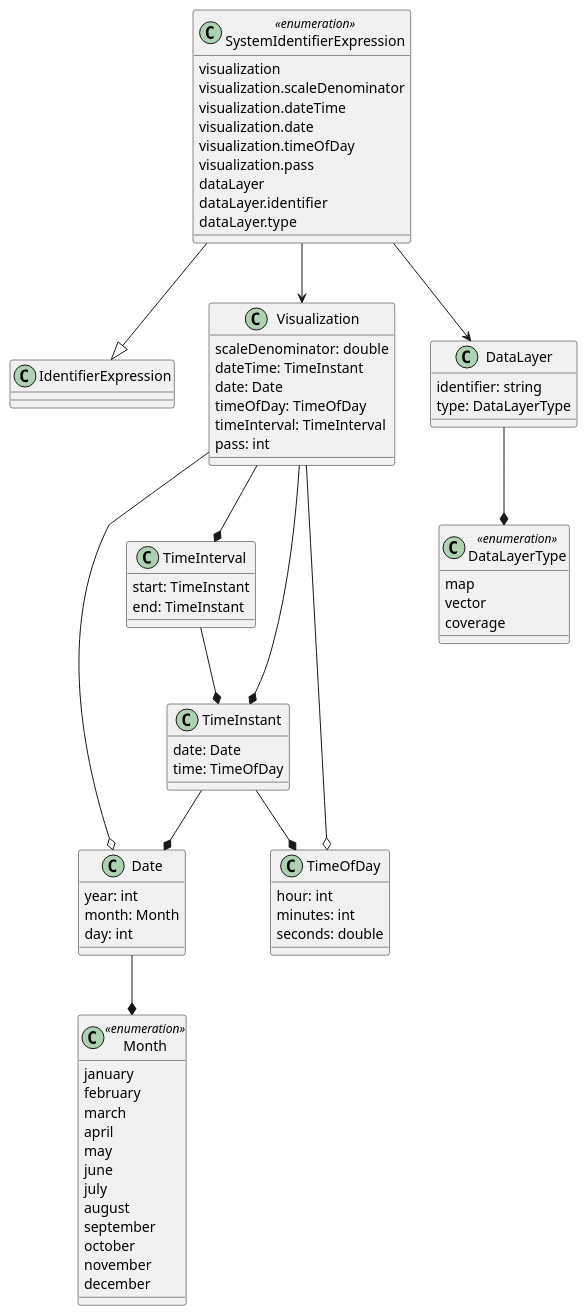
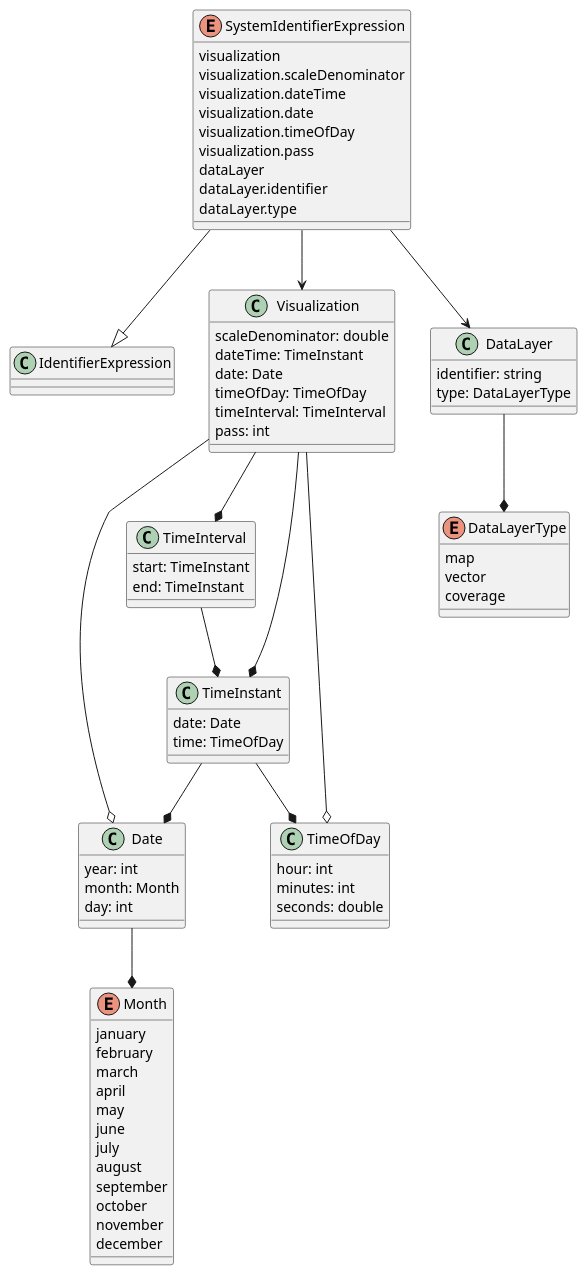
The third of 5 diagrams in core/sections/clause_7_core.adoc (opengeospatial/styles-and-symbology), drawn with PlantUML before and after one commit. The commit also changed other lines of this file and 8 other files, not shown here.

Commit message:
correction to plantuml naming conventions

```diff
--- a/core/sections/clause_7_core.adoc
+++ b/core/sections/clause_7_core.adoc
@@ -246,72 +246,72 @@
 [plantuml, target=diagram-classes, format=png]
 ....
-class SystemIdentifierExpression <<enumeration>>
+enum SystemIdentifierExpression
 SystemIdentifierExpression --|> IdentifierExpression
 SystemIdentifierExpression : visualization
 SystemIdentifierExpression : visualization.scaleDenominator
 SystemIdentifierExpression : visualization.dateTime
 SystemIdentifierExpression : visualization.date
 SystemIdentifierExpression : visualization.timeOfDay
 SystemIdentifierExpression : visualization.pass
 SystemIdentifierExpression : dataLayer
 SystemIdentifierExpression : dataLayer.identifier
 SystemIdentifierExpression : dataLayer.type
 SystemIdentifierExpression --> Visualization
 SystemIdentifierExpression --> DataLayer
 
 Visualization : scaleDenominator: double
 Visualization : dateTime: TimeInstant
 Visualization : date: Date
 Visualization : timeOfDay: TimeOfDay
 Visualization : timeInterval: TimeInterval
 Visualization : pass: int
 Visualization --* TimeInstant
 Visualization --* TimeInterval
 Visualization --o Date
 Visualization --o TimeOfDay
 
 class DataLayer
 DataLayer : identifier: string
 DataLayer : type: DataLayerType
 DataLayer --* DataLayerType
 
-class DataLayerType <<enumeration>>
+enum DataLayerType
 DataLayerType : map
 DataLayerType : vector
 DataLayerType : coverage
 
 class TimeInstant
 TimeInstant : date: Date
 TimeInstant : time: TimeOfDay
 TimeInstant --* Date
 TimeInstant --* TimeOfDay
 
 TimeInterval : start: TimeInstant
 TimeInterval : end: TimeInstant
 TimeInterval --* TimeInstant
 
 class Date
 Date : year: int
 Date : month: Month
 Date : day: int
 Date --* Month
 
 class TimeOfDay
 TimeOfDay : hour: int
 TimeOfDay : minutes: int
 TimeOfDay : seconds: double
 
-class Month <<enumeration>>
+enum Month
 Month : january
 Month : february
 Month : march
 Month : april
 Month : may
 Month : june
 Month : july
 Month : august
 Month : september
 Month : october
 Month : november
 Month : december
 ....
```
